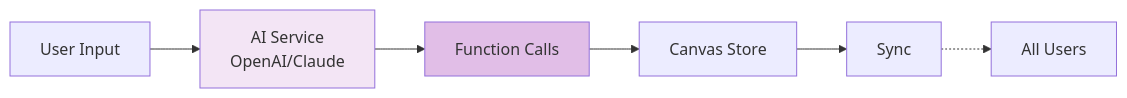
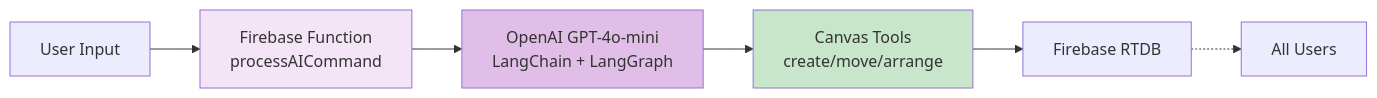
The fourth of 4 diagrams in _docs/architecture/overview.md (andepants/figma-clone), drawn with Mermaid before and after one commit. The commit also changed other lines of this file and 121 other files, not shown here.

````diff
--- a/_docs/architecture/overview.md
+++ b/_docs/architecture/overview.md
@@ -239,11 +278,12 @@
 ```mermaid
 graph LR
-    User[User Input] --> AI[AI Service<br/>OpenAI/Claude]
-    AI --> Func[Function Calls]
-    Func --> Store[Canvas Store]
-    Store --> Firebase[Sync]
-    Firebase -.-> All[All Users]
+    User[User Input] --> Func[Firebase Function<br/>processAICommand]
+    Func --> LLM[OpenAI GPT-4o-mini<br/>LangChain + LangGraph]
+    LLM --> Tools[Canvas Tools<br/>create/move/arrange]
+    Tools --> RTDB[Firebase RTDB]
+    RTDB -.-> All[All Users]
 
-    style AI fill:#f3e5f5
-    style Func fill:#e1bee7
+    style Func fill:#f3e5f5
+    style LLM fill:#e1bee7
+    style Tools fill:#c8e6c9
 ```
````
